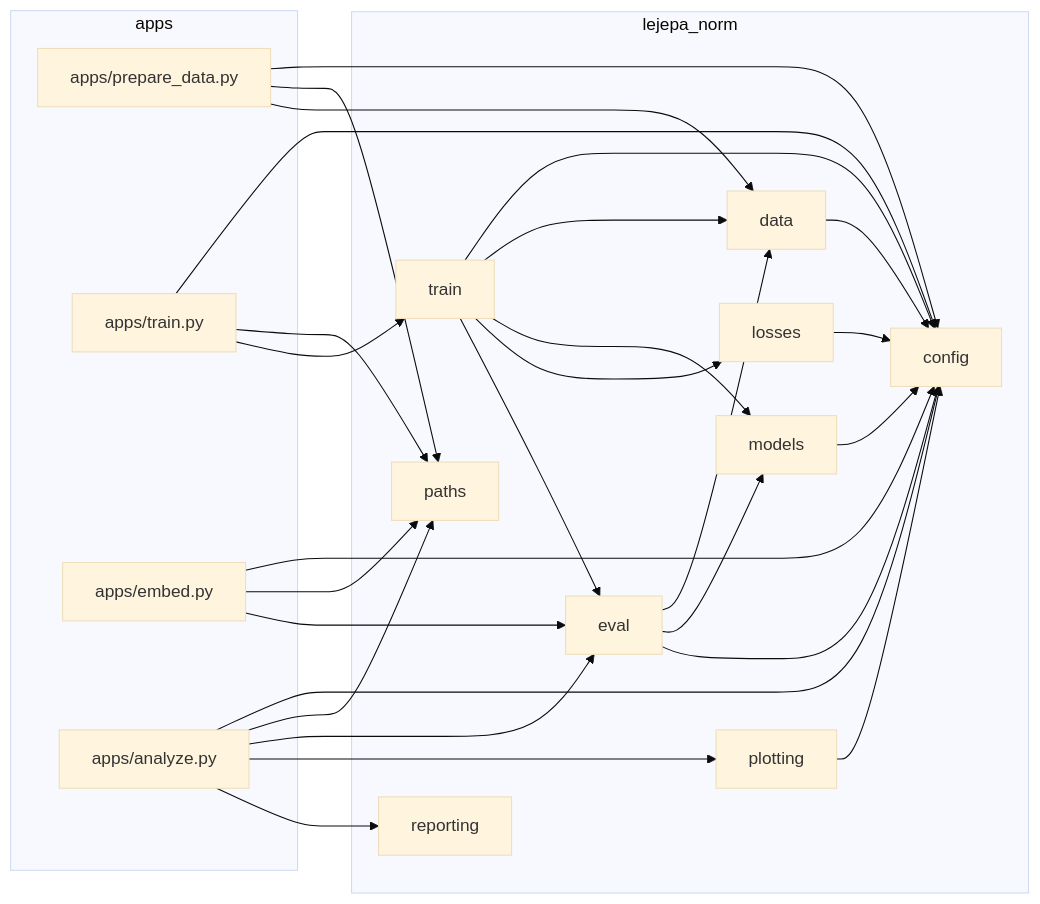
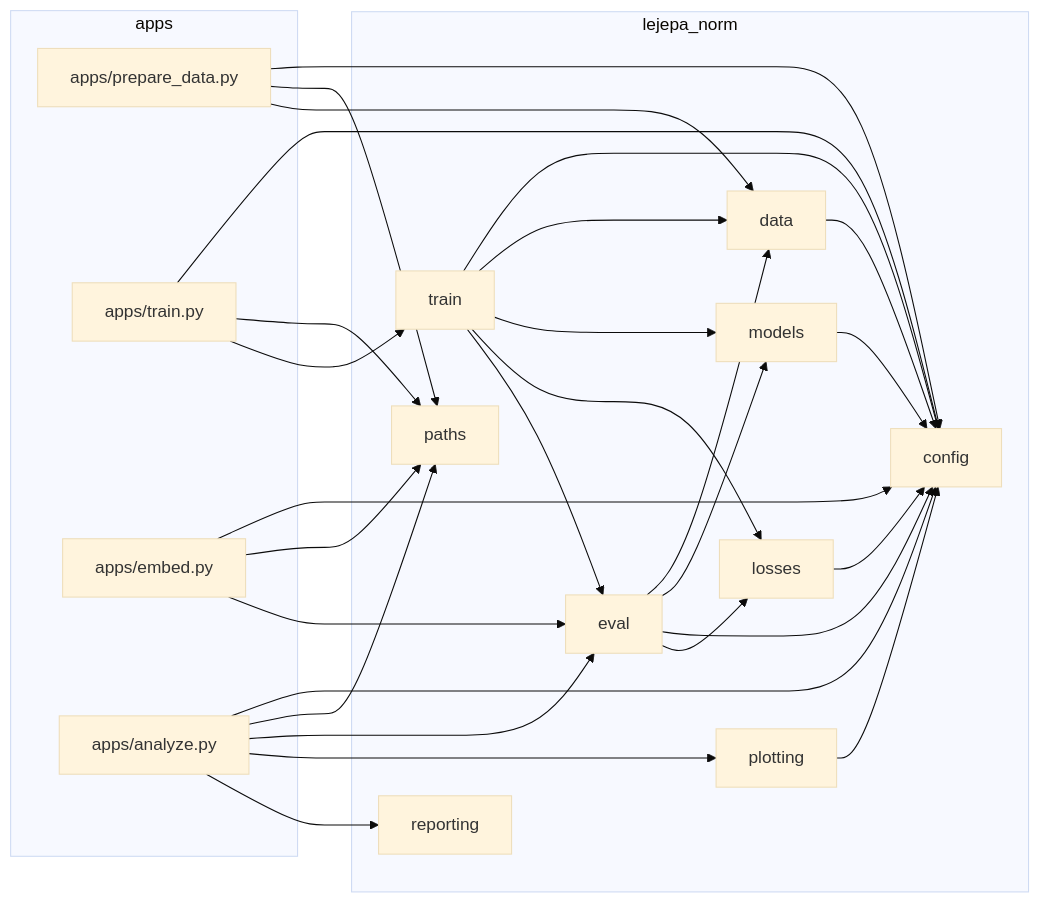
One commit to Dant86/lejepa_norm changed the first of 2 diagrams in docs/architecture.md. Above: the diagram before and after it, drawn with Mermaid (base theme). The commit also changed 5 other files, not shown here.

````diff
--- a/docs/architecture.md
+++ b/docs/architecture.md
@@ -10,46 +10,47 @@
 ```mermaid
 graph LR
     subgraph apps
         PD["apps/prepare_data.py"]
         TR["apps/train.py"]
         EM["apps/embed.py"]
         AN["apps/analyze.py"]
     end
     subgraph lejepa_norm
         CFG["config"]
         PTH["paths"]
         DATA["data"]
         MOD["models"]
         LOSS["losses"]
         TRAIN["train"]
         EVAL["eval"]
         PLOT["plotting"]
         REP["reporting"]
     end
     PD --> CFG
     PD --> PTH
     PD --> DATA
     TR --> CFG
     TR --> PTH
     TR --> TRAIN
     EM --> CFG
     EM --> PTH
     EM --> EVAL
     AN --> CFG
     AN --> PTH
     AN --> EVAL
     AN --> PLOT
     AN --> REP
     TRAIN --> CFG
     TRAIN --> DATA
     TRAIN --> MOD
     TRAIN --> LOSS
     TRAIN --> EVAL
     EVAL --> DATA
     EVAL --> MOD
     EVAL --> CFG
+    EVAL --> LOSS
     DATA --> CFG
     MOD --> CFG
     LOSS --> CFG
     PLOT --> CFG
 ```
````
